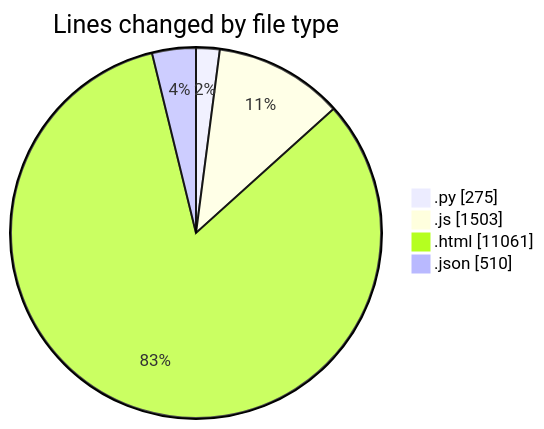
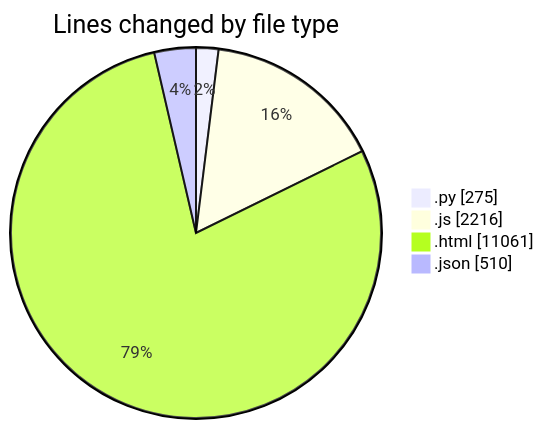
The first of 2 diagrams in 2026-07-09/twenty_versions_aminor/README.md (shibass792/code-tracking), drawn with Mermaid before and after one commit. The commit also changed other lines of this file and 1 other file, not shown here.

````diff
--- a/2026-07-09/twenty_versions_aminor/README.md
+++ b/2026-07-09/twenty_versions_aminor/README.md
@@ -38,8 +39,8 @@
 ```mermaid
 pie showData
 title Lines changed by file type
 ".py" : 275
-".js" : 1503
+".js" : 2216
 ".html" : 11061
 ".json" : 510
 ```
````
